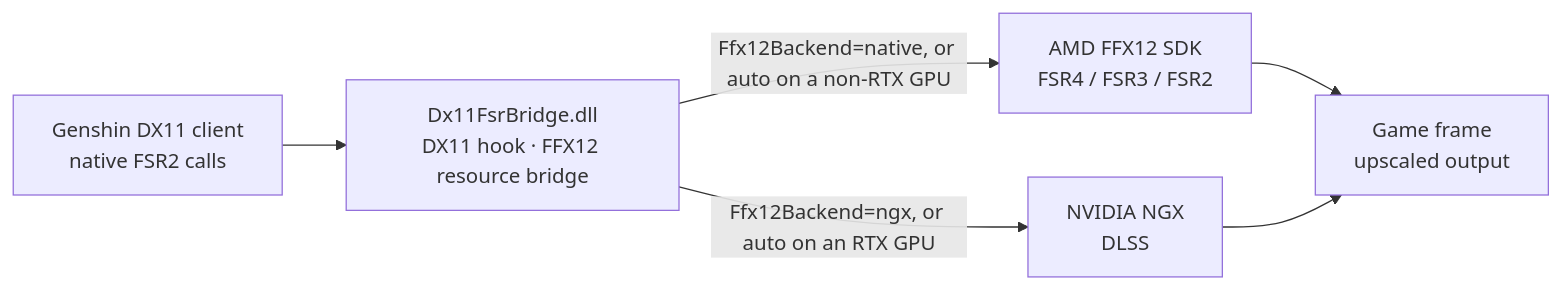
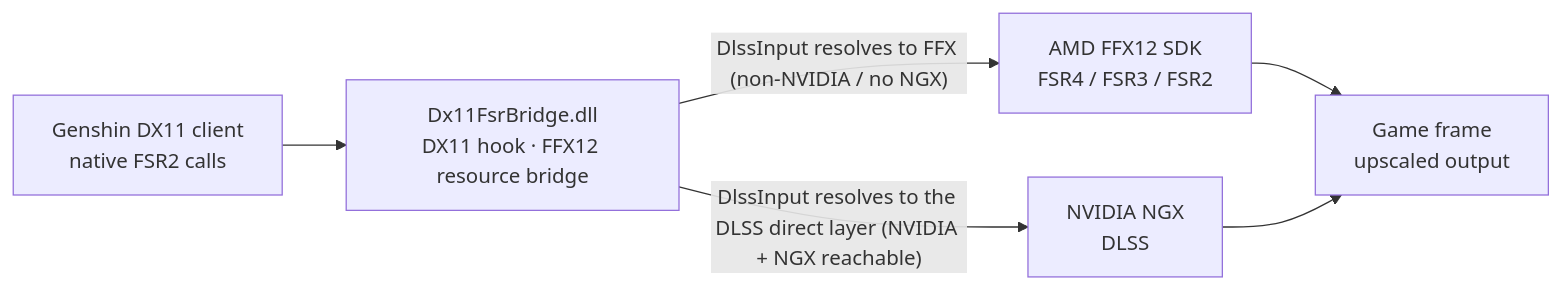
One commit to AizawaHikaru233/genshin_fsr_brigde changed the diagram in README_EN.md. Above: the diagram before and after it, drawn with Mermaid. The commit also changed other lines of this file and 3 other files, not shown here.

First line of the commit message:
docs: 按 DLSS 直连层重写三份 README 与 DLSS_INPUT.md

````diff
--- a/README_EN.md
+++ b/README_EN.md
@@ -114,8 +114,8 @@
 ```mermaid
 flowchart LR
     G["Genshin DX11 client<br/>native FSR2 calls"] --> B["Dx11FsrBridge.dll<br/>DX11 hook · FFX12 resource bridge"]
-    B -->|"Ffx12Backend=native, or auto on a non-RTX GPU"| S["AMD FFX12 SDK<br/>FSR4 / FSR3 / FSR2"]
-    B -->|"Ffx12Backend=ngx, or auto on an RTX GPU"| N["NVIDIA NGX<br/>DLSS"]
+    B -->|"DlssInput resolves to FFX (non-NVIDIA / no NGX)"| S["AMD FFX12 SDK<br/>FSR4 / FSR3 / FSR2"]
+    B -->|"DlssInput resolves to the DLSS direct layer (NVIDIA + NGX reachable)"| N["NVIDIA NGX<br/>DLSS"]
     S --> P["Game frame<br/>upscaled output"]
     N --> P
 ```
````
